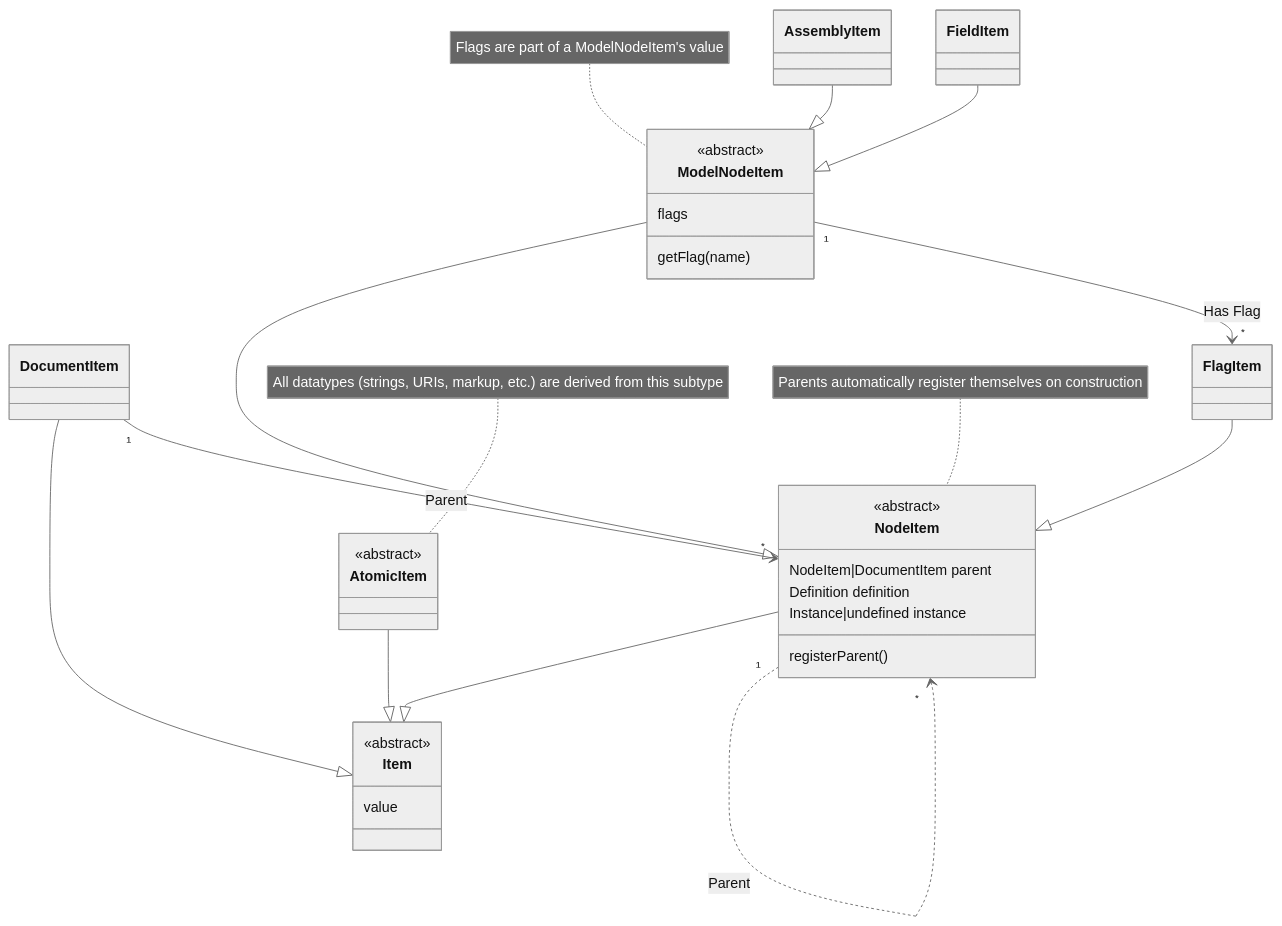
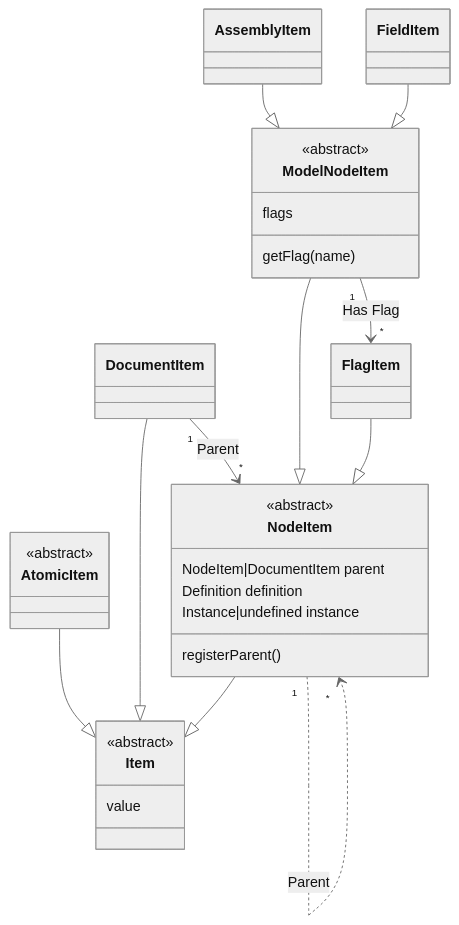
The first of 2 diagrams in docs/decisions/0004-document-instance-design.md (usnistgov/metaschema-node), drawn with Mermaid (neutral theme) before and after one commit. The commit also changed other lines of this file, not shown here.

Commit message:
Adjust mermaid syntax for document instance design ADR

````diff
--- a/docs/decisions/0004-document-instance-design.md
+++ b/docs/decisions/0004-document-instance-design.md
@@ -33,38 +33,35 @@
     ```mermaid
     classDiagram
         direction TD
         class Item{
             <<abstract>>
             value
         }
-        note for AtomicItem "All datatypes (strings, URIs, markup, etc.) are derived from this subtype"
         class AtomicItem{
             <<abstract>>
         }
-        note for NodeItem "Parents automatically register themselves on construction"
         class NodeItem{
             <<abstract>>
             NodeItem|DocumentItem parent
             Definition definition
             Instance|undefined instance
             registerParent()
         }
-        note for ModelNodeItem "Flags are part of a ModelNodeItem's value"
         class ModelNodeItem{
             <<abstract>>
             flags
             getFlag(name)
         }
         %% Define inheritance structure
         AtomicItem --|> Item
         NodeItem --|> Item
         DocumentItem --|> Item
         FlagItem --|> NodeItem
         ModelNodeItem --|> NodeItem
         AssemblyItem --|> ModelNodeItem
         FieldItem --|> ModelNodeItem
         %% Define links
         DocumentItem "1" --> "*" NodeItem: Parent
         NodeItem "1" ..> "*" NodeItem: Parent
         ModelNodeItem "1" --> "*" FlagItem: Has Flag
     ```
````
